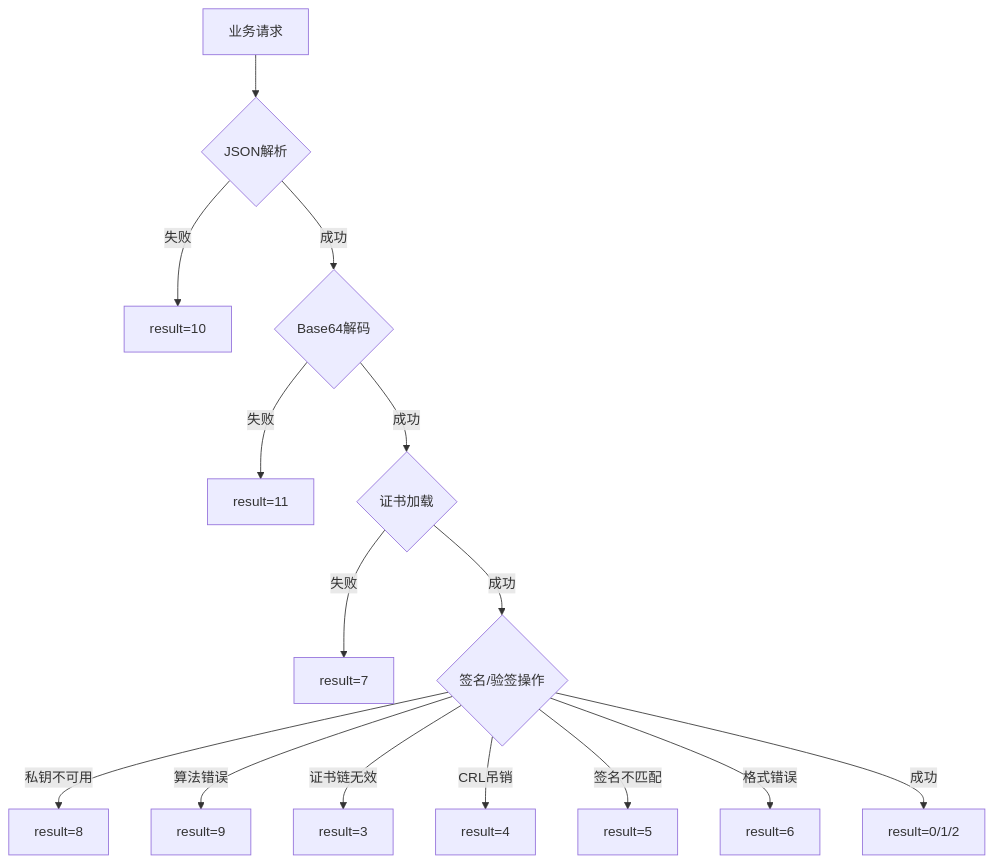
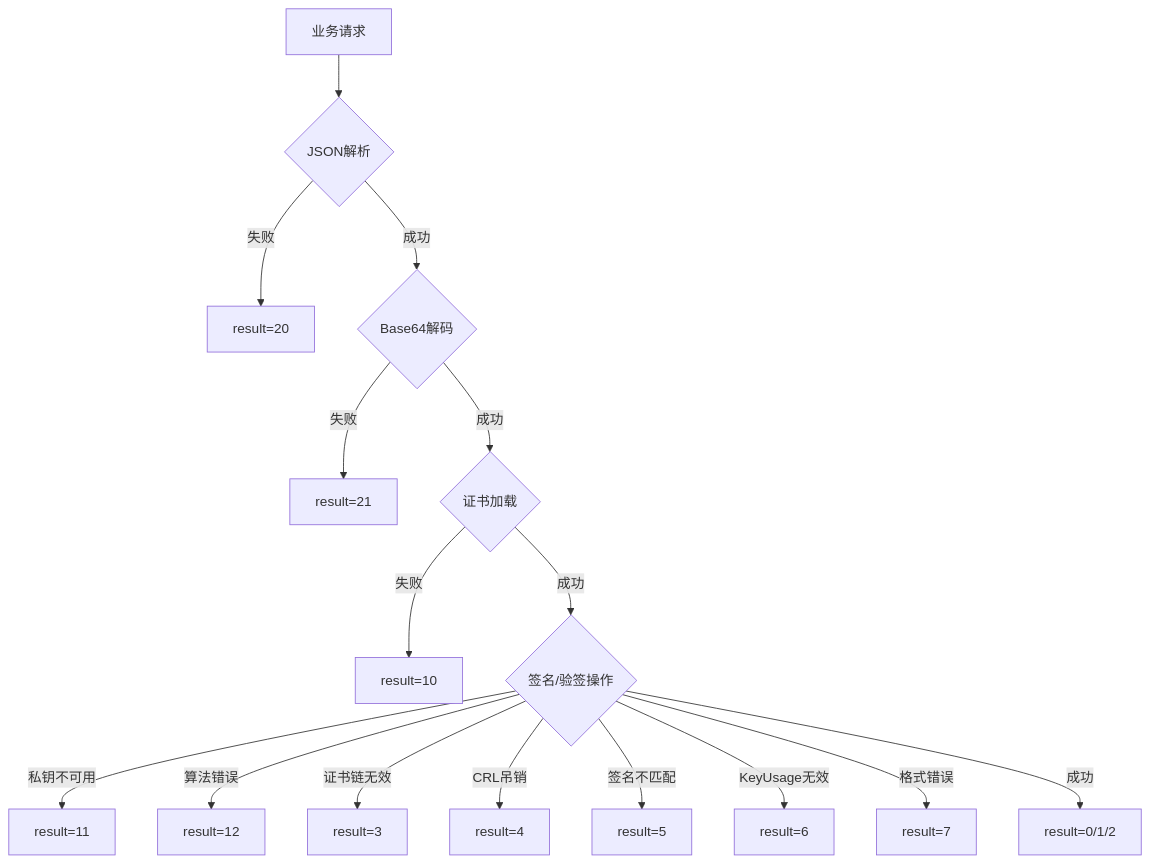
Diagram 13 of 14 in docs/architecture.md (openeuler-mirror/trustruntime), drawn with Mermaid before and after one commit. The commit also changed 22 other files, not shown here.

````diff
--- a/docs/architecture.md
+++ b/docs/architecture.md
@@ -498,23 +498,24 @@
 ```mermaid
 graph TB
     REQ[业务请求]
 
     REQ --> JSON{JSON解析}
-    JSON -->|失败| R10[result=10]
+    JSON -->|失败| R20[result=20]
 
     JSON -->|成功| B64{Base64解码}
-    B64 -->|失败| R11[result=11]
+    B64 -->|失败| R21[result=21]
 
     B64 -->|成功| CERT{证书加载}
-    CERT -->|失败| R07[result=7]
+    CERT -->|失败| R10[result=10]
 
     CERT -->|成功| OP{签名/验签操作}
-    OP -->|私钥不可用| R08[result=8]
-    OP -->|算法错误| R09[result=9]
+    OP -->|私钥不可用| R11[result=11]
+    OP -->|算法错误| R12[result=12]
     OP -->|证书链无效| R03[result=3]
     OP -->|CRL吊销| R04[result=4]
     OP -->|签名不匹配| R05[result=5]
-    OP -->|格式错误| R06[result=6]
+    OP -->|KeyUsage无效| R06[result=6]
+    OP -->|格式错误| R07[result=7]
 
     OP -->|成功| R00[result=0/1/2]
 ```
````
